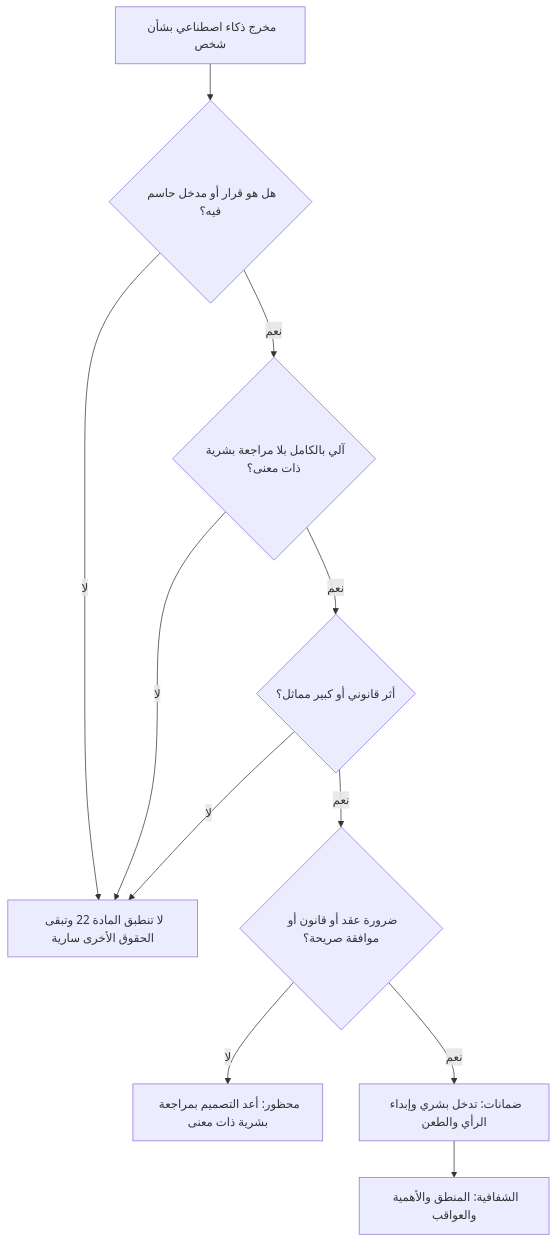
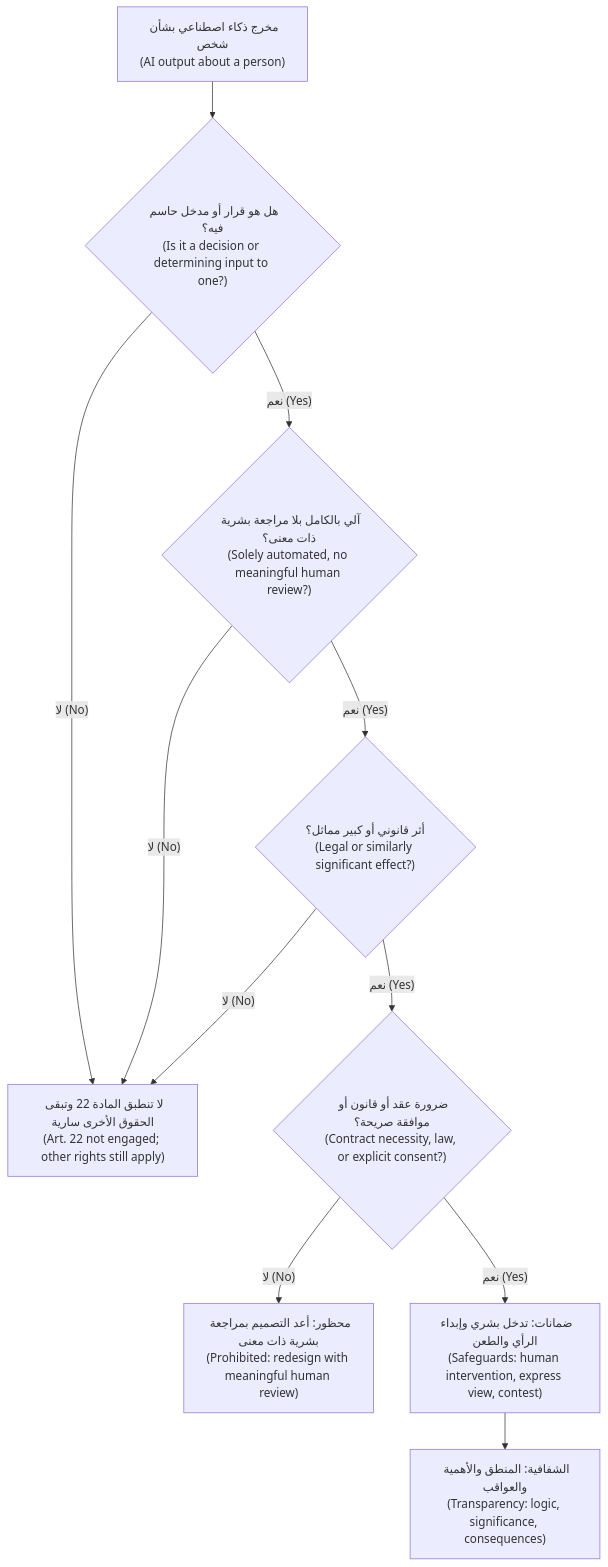
Before and after one commit to Tamoura/system-design-for-vibe-coders: the second of 2 diagrams in aigp/modules/04-privacy.ar.md, drawn with Mermaid. The commit also changed other lines of this file and 62 other files, not shown here.

First line of the commit message:
Arabic editions: English on every diagram label, RTL fixes, rebuild

````diff
--- a/aigp/modules/04-privacy.ar.md
+++ b/aigp/modules/04-privacy.ar.md
@@ -278,13 +278,13 @@
 ```mermaid
 flowchart TD
-    A[مخرج ذكاء اصطناعي بشأن شخص] --> B{هل هو قرار أو مدخل حاسم فيه؟}
-    B -- لا --> Z[لا تنطبق المادة 22 وتبقى الحقوق الأخرى سارية]
-    B -- نعم --> C{آلي بالكامل بلا مراجعة بشرية ذات معنى؟}
-    C -- لا --> Z
-    C -- نعم --> D{أثر قانوني أو كبير مماثل؟}
-    D -- لا --> Z
-    D -- نعم --> E{ضرورة عقد أو قانون أو موافقة صريحة؟}
-    E -- لا --> F[محظور: أعد التصميم بمراجعة بشرية ذات معنى]
-    E -- نعم --> G[ضمانات: تدخل بشري وإبداء الرأي والطعن]
-    G --> H[الشفافية: المنطق والأهمية والعواقب]
+    A["مخرج ذكاء اصطناعي بشأن شخص<br/>(AI output about a person)"] --> B{"هل هو قرار أو مدخل حاسم فيه؟<br/>(Is it a decision or determining input to one?)"}
+    B -- "لا (No)" --> Z["لا تنطبق المادة 22 وتبقى الحقوق الأخرى سارية<br/>(Art. 22 not engaged#59; other rights still apply)"]
+    B -- "نعم (Yes)" --> C{"آلي بالكامل بلا مراجعة بشرية ذات معنى؟<br/>(Solely automated, no meaningful human review?)"}
+    C -- "لا (No)" --> Z
+    C -- "نعم (Yes)" --> D{"أثر قانوني أو كبير مماثل؟<br/>(Legal or similarly significant effect?)"}
+    D -- "لا (No)" --> Z
+    D -- "نعم (Yes)" --> E{"ضرورة عقد أو قانون أو موافقة صريحة؟<br/>(Contract necessity, law, or explicit consent?)"}
+    E -- "لا (No)" --> F["محظور: أعد التصميم بمراجعة بشرية ذات معنى<br/>(Prohibited: redesign with meaningful human review)"]
+    E -- "نعم (Yes)" --> G["ضمانات: تدخل بشري وإبداء الرأي والطعن<br/>(Safeguards: human intervention, express view, contest)"]
+    G --> H["الشفافية: المنطق والأهمية والعواقب<br/>(Transparency: logic, significance, consequences)"]
 ```
````
